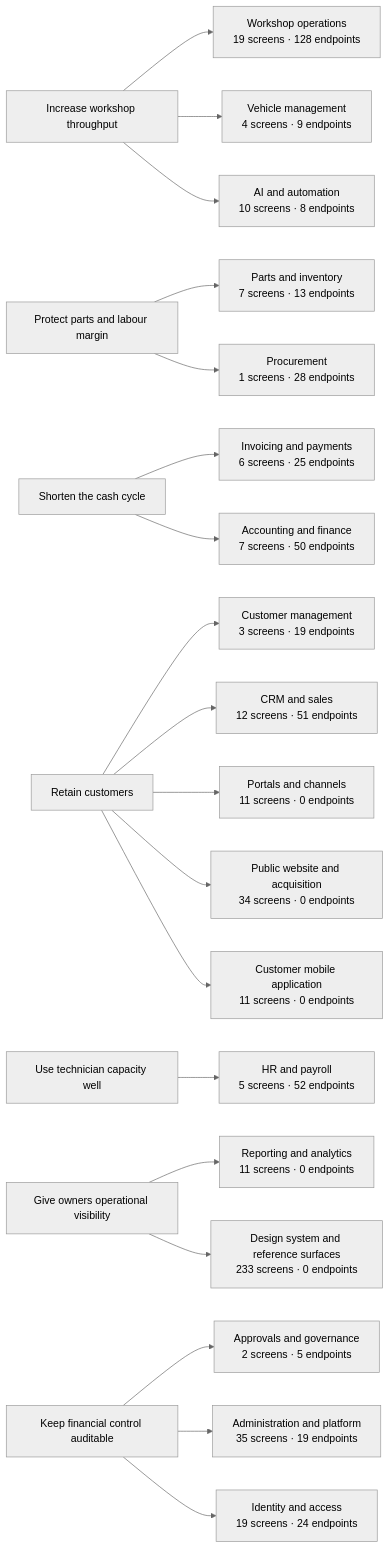
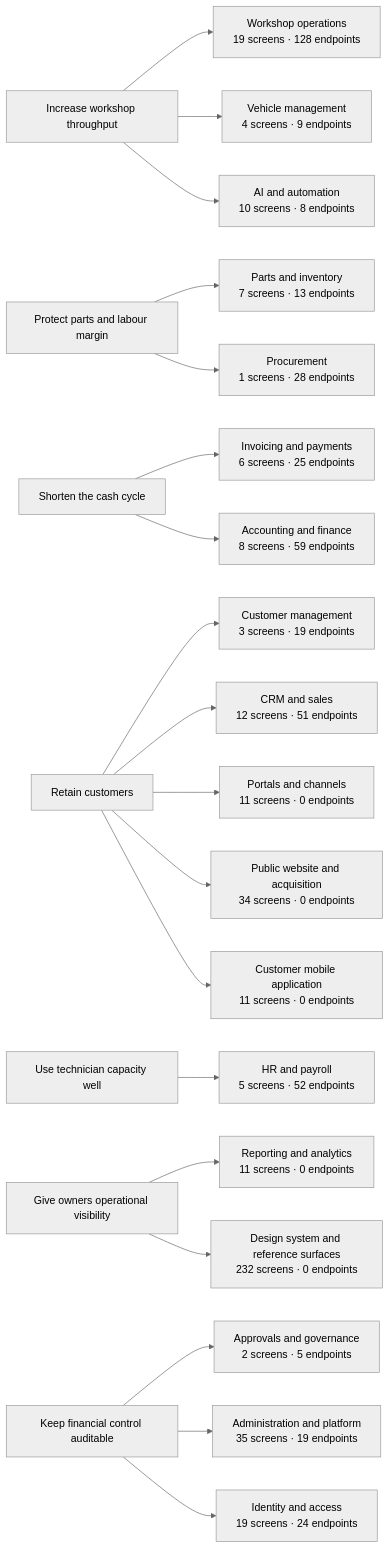
The diagram in docs/07_BUSINESS_ANALYSIS/BUSINESS_CAPABILITY_MAP.md (tazamohd/SlClNe), drawn with Mermaid (neutral theme) before and after one commit. The commit also changed other lines of this file and 59 other files, not shown here.

````diff
--- a/docs/07_BUSINESS_ANALYSIS/BUSINESS_CAPABILITY_MAP.md
+++ b/docs/07_BUSINESS_ANALYSIS/BUSINESS_CAPABILITY_MAP.md
@@ -22,46 +22,46 @@
 ```mermaid
 flowchart LR
   OBJ_THROUGHPUT["Increase workshop throughput"]
   OBJ_MARGIN["Protect parts and labour margin"]
   OBJ_CASH["Shorten the cash cycle"]
   OBJ_RETENTION["Retain customers"]
   OBJ_CAPACITY["Use technician capacity well"]
   OBJ_VISIBILITY["Give owners operational visibility"]
   OBJ_CONTROL["Keep financial control auditable"]
   CAP_WORKSHOP["Workshop operations<br/>19 screens · 128 endpoints"]
   OBJ_THROUGHPUT --> CAP_WORKSHOP
   CAP_CUSTOMERS["Customer management<br/>3 screens · 19 endpoints"]
   OBJ_RETENTION --> CAP_CUSTOMERS
   CAP_VEHICLES["Vehicle management<br/>4 screens · 9 endpoints"]
   OBJ_THROUGHPUT --> CAP_VEHICLES
   CAP_INVENTORY["Parts and inventory<br/>7 screens · 13 endpoints"]
   OBJ_MARGIN --> CAP_INVENTORY
   CAP_PROCUREMENT["Procurement<br/>1 screens · 28 endpoints"]
   OBJ_MARGIN --> CAP_PROCUREMENT
   CAP_BILLING["Invoicing and payments<br/>6 screens · 25 endpoints"]
   OBJ_CASH --> CAP_BILLING
-  CAP_ACCOUNTING["Accounting and finance<br/>7 screens · 50 endpoints"]
+  CAP_ACCOUNTING["Accounting and finance<br/>8 screens · 59 endpoints"]
   OBJ_CASH --> CAP_ACCOUNTING
   CAP_HR["HR and payroll<br/>5 screens · 52 endpoints"]
   OBJ_CAPACITY --> CAP_HR
   CAP_CRM["CRM and sales<br/>12 screens · 51 endpoints"]
   OBJ_RETENTION --> CAP_CRM
   CAP_REPORTING["Reporting and analytics<br/>11 screens · 0 endpoints"]
   OBJ_VISIBILITY --> CAP_REPORTING
   CAP_GOVERNANCE["Approvals and governance<br/>2 screens · 5 endpoints"]
   OBJ_CONTROL --> CAP_GOVERNANCE
   CAP_PORTALS["Portals and channels<br/>11 screens · 0 endpoints"]
   OBJ_RETENTION --> CAP_PORTALS
   CAP_AI["AI and automation<br/>10 screens · 8 endpoints"]
   OBJ_THROUGHPUT --> CAP_AI
   CAP_PLATFORM["Administration and platform<br/>35 screens · 19 endpoints"]
   OBJ_CONTROL --> CAP_PLATFORM
   CAP_IDENTITY["Identity and access<br/>19 screens · 24 endpoints"]
   OBJ_CONTROL --> CAP_IDENTITY
   CAP_WEBSITE["Public website and acquisition<br/>34 screens · 0 endpoints"]
   OBJ_RETENTION --> CAP_WEBSITE
   CAP_CUSTOMERAPP["Customer mobile application<br/>11 screens · 0 endpoints"]
   OBJ_RETENTION --> CAP_CUSTOMERAPP
-  CAP_DESIGNSYSTEM["Design system and reference surfaces<br/>233 screens · 0 endpoints"]
+  CAP_DESIGNSYSTEM["Design system and reference surfaces<br/>232 screens · 0 endpoints"]
   OBJ_VISIBILITY --> CAP_DESIGNSYSTEM
 ```
````
